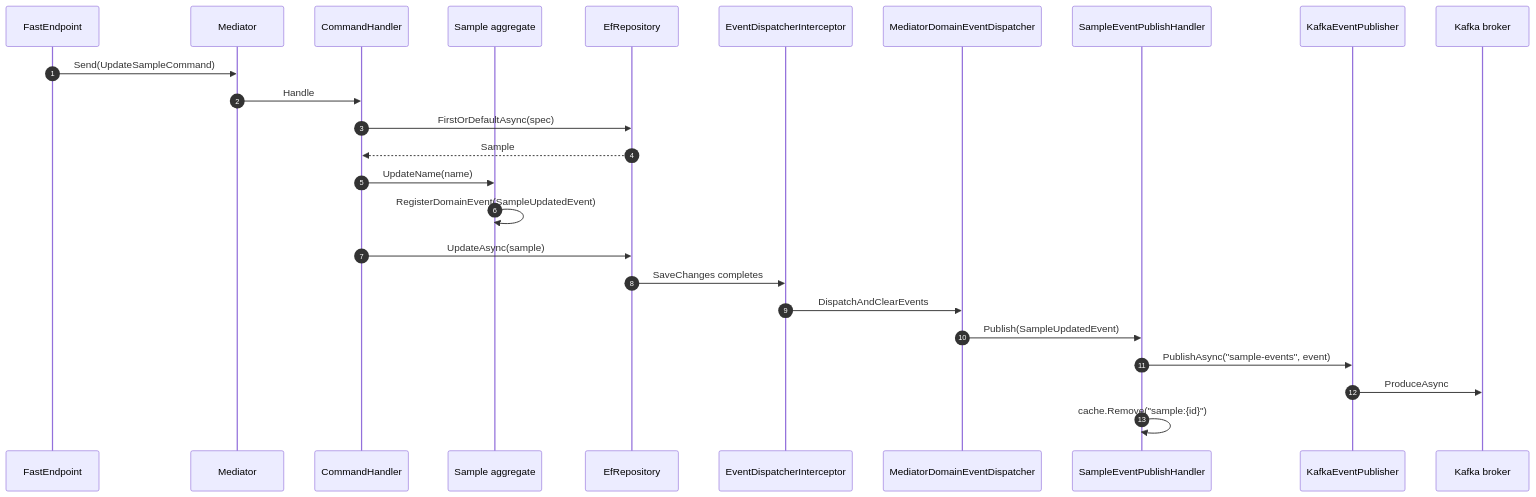
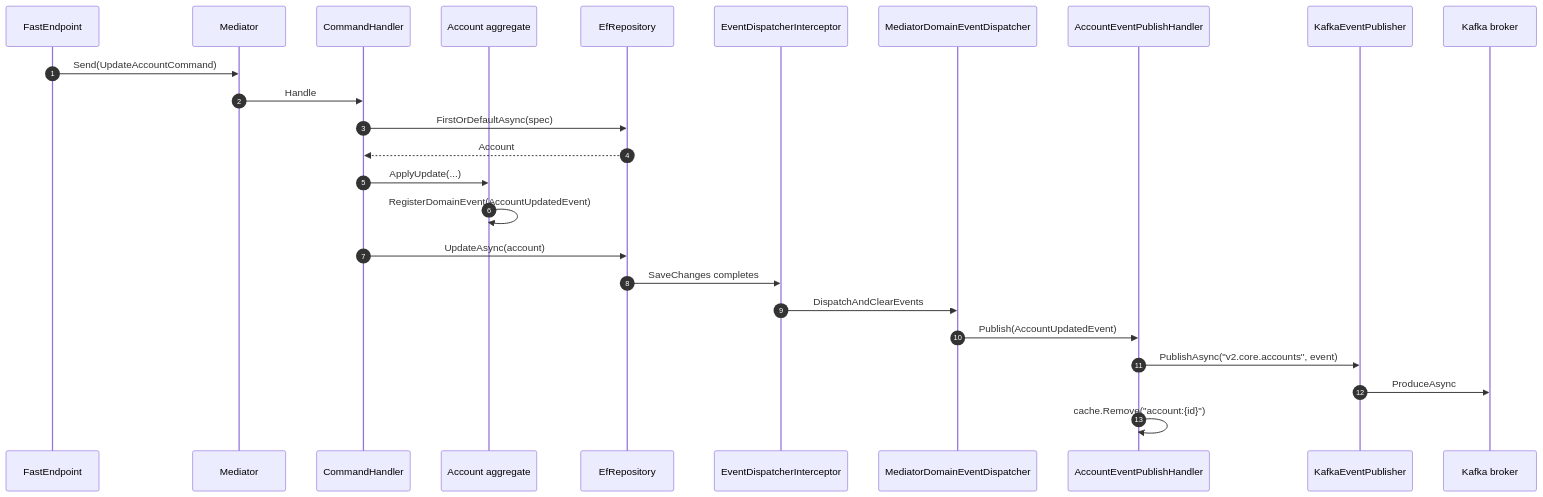
Before and after one commit to lurodrisilva/net-hexagonal: the first of 2 diagrams in docs/events.md, drawn with Mermaid. The commit also changed other lines of this file and 10 other files, not shown here.

````diff
--- a/docs/events.md
+++ b/docs/events.md
@@ -12,28 +12,28 @@
 ```mermaid
 sequenceDiagram
     autonumber
     participant EP as FastEndpoint
     participant M as Mediator
     participant H as CommandHandler
-    participant S as Sample aggregate
+    participant A as Account aggregate
     participant R as EfRepository
     participant I as EventDispatcherInterceptor
     participant D as MediatorDomainEventDispatcher
-    participant PH as SampleEventPublishHandler
+    participant PH as AccountEventPublishHandler
     participant K as KafkaEventPublisher
     participant KB as Kafka broker
 
-    EP->>M: Send(UpdateSampleCommand)
+    EP->>M: Send(UpdateAccountCommand)
     M->>H: Handle
     H->>R: FirstOrDefaultAsync(spec)
-    R-->>H: Sample
-    H->>S: UpdateName(name)
-    S->>S: RegisterDomainEvent(SampleUpdatedEvent)
-    H->>R: UpdateAsync(sample)
+    R-->>H: Account
+    H->>A: ApplyUpdate(...)
+    A->>A: RegisterDomainEvent(AccountUpdatedEvent)
+    H->>R: UpdateAsync(account)
     R->>I: SaveChanges completes
     I->>D: DispatchAndClearEvents
-    D->>PH: Publish(SampleUpdatedEvent)
-    PH->>K: PublishAsync("sample-events", event)
+    D->>PH: Publish(AccountUpdatedEvent)
+    PH->>K: PublishAsync("v2.core.accounts", event)
     K->>KB: ProduceAsync
-    PH->>PH: cache.Remove("sample:{id}")
+    PH->>PH: cache.Remove("account:{id}")
 ```
````
